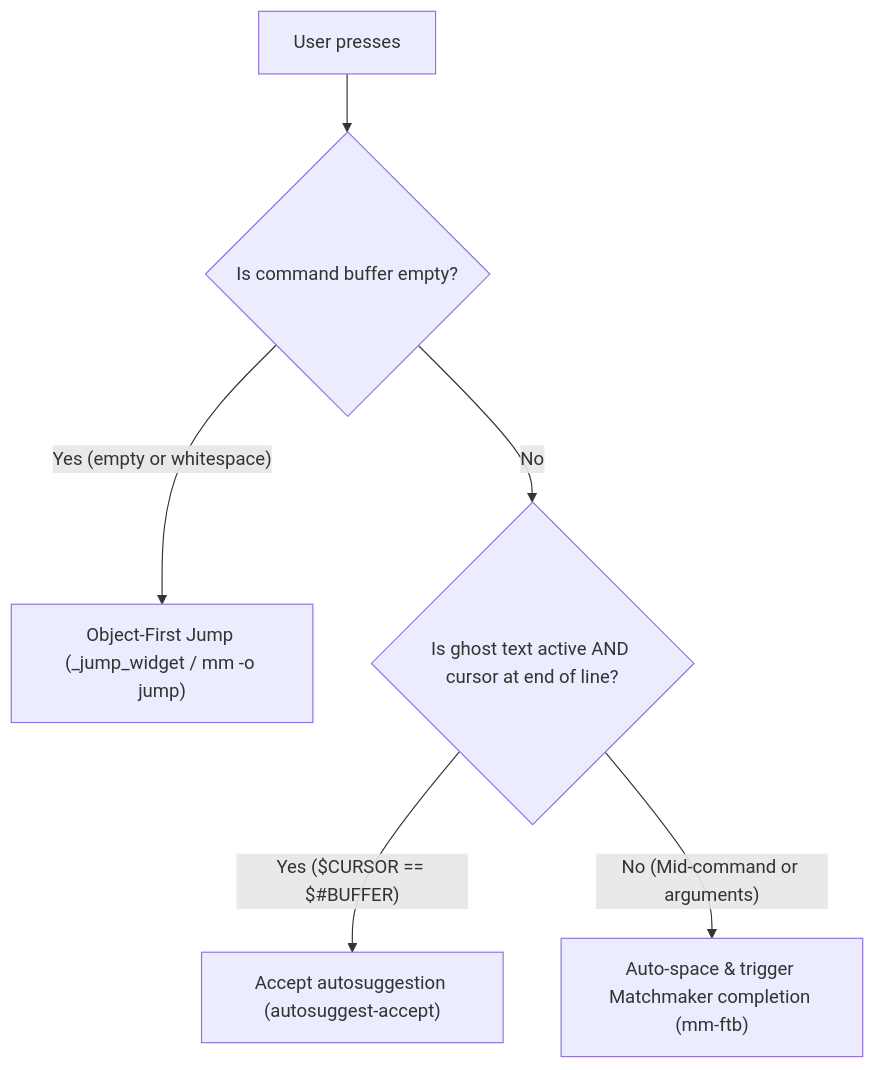
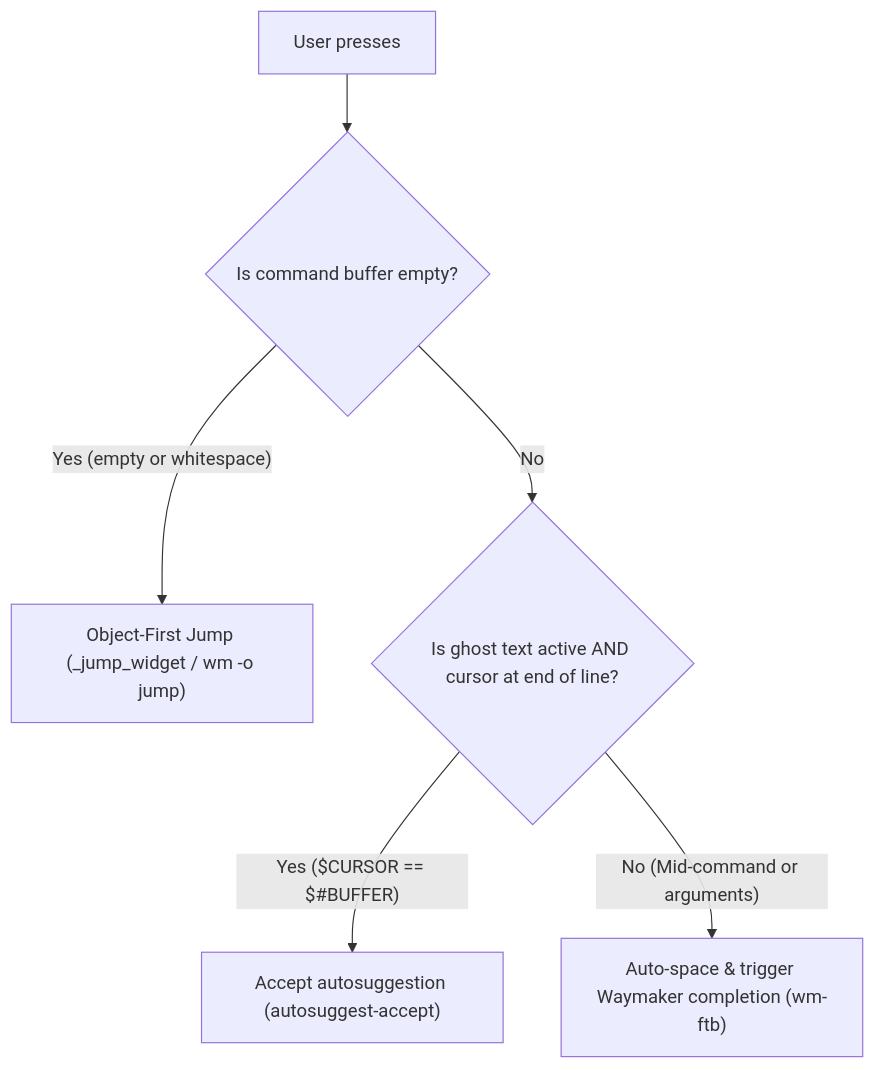
One commit to felipecm-br/.dotfiles changed the first of 2 diagrams in docs/shell/completion.md. Above: the diagram before and after it, drawn with Mermaid. The commit also changed other lines of this file and 48 other files, not shown here.

````diff
--- a/docs/shell/completion.md
+++ b/docs/shell/completion.md
@@ -11,8 +11,8 @@
 ```mermaid
 flowchart TD
     A["User presses <Tab>"] --> B{"Is command buffer empty?"}
-    B -- "Yes (empty or whitespace)" --> C["Object-First Jump (_jump_widget / mm -o jump)"]
+    B -- "Yes (empty or whitespace)" --> C["Object-First Jump (_jump_widget / wm -o jump)"]
     B -- "No" --> D{"Is ghost text active AND cursor at end of line?"}
     D -- "Yes ($CURSOR == $#BUFFER)" --> E["Accept autosuggestion (autosuggest-accept)"]
-    D -- "No (Mid-command or arguments)" --> F["Auto-space & trigger Matchmaker completion (mm-ftb)"]
+    D -- "No (Mid-command or arguments)" --> F["Auto-space & trigger Waymaker completion (wm-ftb)"]
 ```
````
